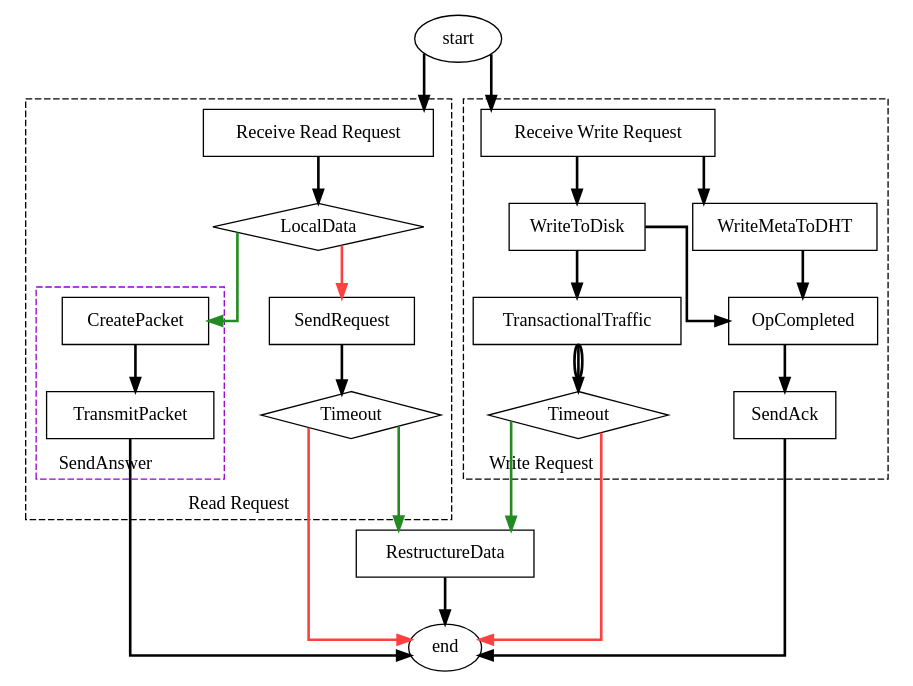
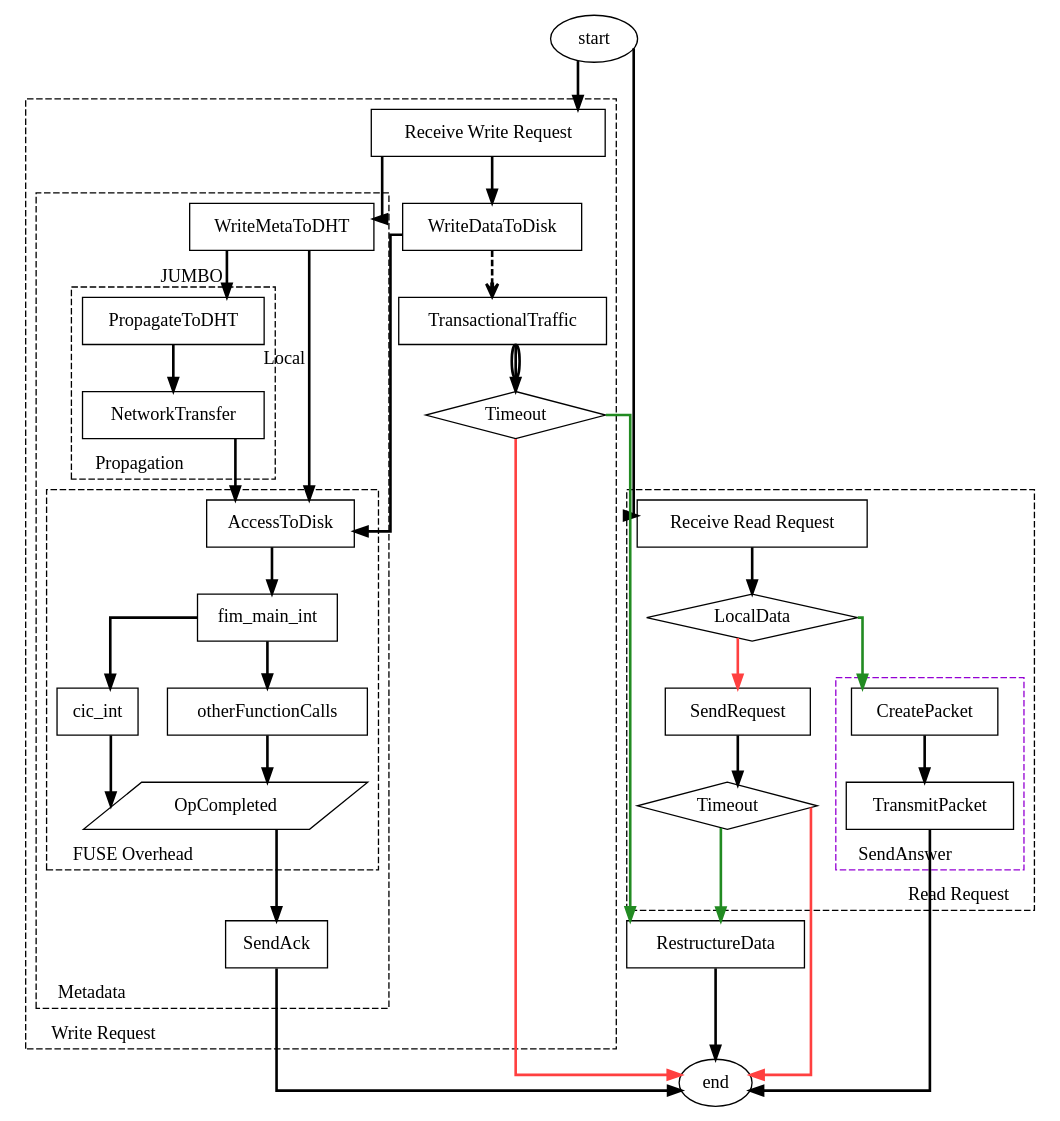
The diagram in graphs/server.gv (DanX3/ddn_dht), drawn with Graphviz before and after one commit. The commit also changed other lines of this file and 3 other files, not shown here.

```diff
--- a/graphs/server.gv
+++ b/graphs/server.gv
@@ -1,48 +1,68 @@
 digraph {
     style = dashed
     splines=ortho
-    nodesep=0.5
+    nodesep=0.3
     node [shape=box]
     start [shape=oval]
     edge [penwidth=2]
     end [shape=oval]
 
     start -> "Receive Read Request"
     subgraph cluster_0 {
-        label = "Read Request" labelloc="b" labeljust="c"
+        label = "Read Request" labelloc="b" labeljust="r"
         timeout_1[shape=diamond label="Timeout"]
         LocalData [shape=diamond]
 
         "Receive Read Request" -> LocalData
         LocalData -> CreatePacket [color=forestgreen]
 
         subgraph cluster {
             label = "SendAnswer" labelloc="b" labeljust="l"
             color = darkviolet
 
             CreatePacket -> TransmitPacket
         }
 
         LocalData -> SendRequest [color=brown1]
         SendRequest -> timeout_1
     }
     TransmitPacket -> end
     timeout_1 -> RestructureData [color=forestgreen]
     timeout_1 -> end [color=brown1]
 
     start -> "Receive Write Request"
     subgraph cluster {
+        label = "Write Request" labelloc="b" labeljust="l"
         timeout_2[label="Timeout" shape=diamond]
-        label = "Write Request" labelloc="b" labeljust="l"
+        subgraph cluster_1 {
+            label = "Metadata"
+            WriteMetaToDHT -> PropagateToDHT [xlabel="JUMBO"]
+            subgraph cluster_propagate {
+                label="Propagation"
+                PropagateToDHT -> NetworkTransfer
+            }
+            NetworkTransfer -> AccessToDisk
+            WriteMetaToDHT -> AccessToDisk [xlabel="Local"]
+            subgraph cluster_metadata {
+                label="FUSE Overhead"
+                OpCompleted_2[label="OpCompleted" shape="parallelogram"]
+                AccessToDisk -> fim_main_int -> cic_int -> OpCompleted_2
+                fim_main_int -> otherFunctionCalls -> OpCompleted_2
+            }
+            OpCompleted_2 -> SendAck
 
-        "Receive Write Request" ->  WriteToDisk -> OpCompleted -> SendAck
-        "Receive Write Request" -> WriteMetaToDHT -> OpCompleted
-        WriteToDisk -> TransactionalTraffic
-        TransactionalTraffic -> timeout_2 [color="black:invis:black:invis:black" 
+        }
+        WriteDataToDisk -> TransactionalTraffic [arrowhead=open style=dashed]
+
+        "Receive Write Request" ->  WriteDataToDisk
+        "Receive Write Request" -> WriteMetaToDHT 
+        TransactionalTraffic -> timeout_2 [color="black:invis:black:invis:black"
             edgetooltip="Calls to multiple nodes"]
     }
     timeout_2 -> end [color=brown1]
     timeout_2 -> RestructureData [color=forestgreen]
     RestructureData -> end
     SendAck -> end
+    WriteDataToDisk ->  AccessToDisk
+
 }
```
